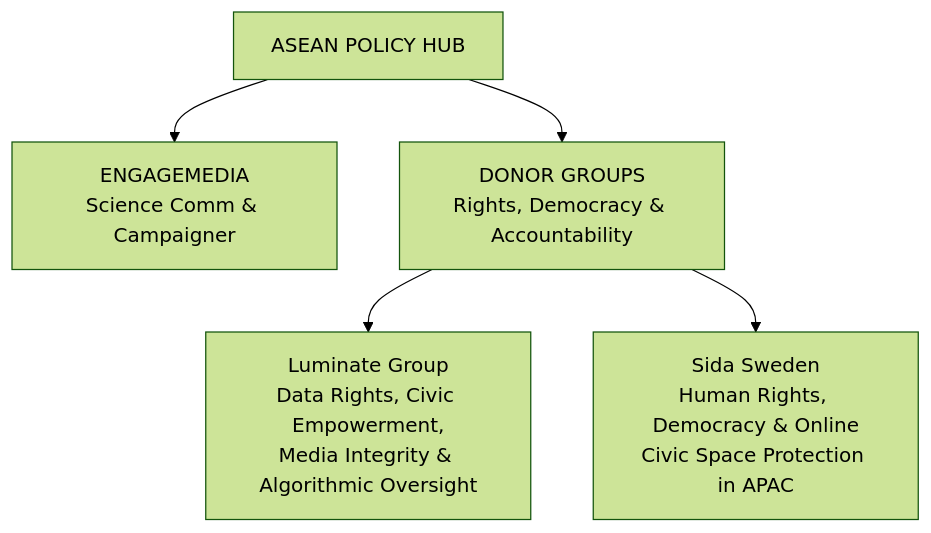
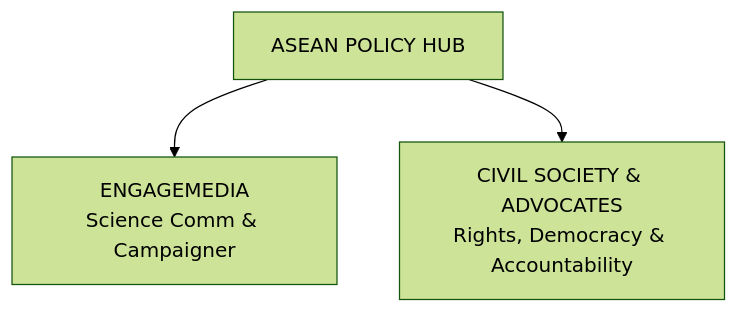
One commit to okihita/drone changed the fifth of 6 diagrams in docs/analysis/02_ASEAN_Policy_Hub_Design_and_Strategy.md. Above: the diagram before and after it, drawn with Mermaid (forest theme). The commit also changed other lines of this file and 8 other files, not shown here.

Commit message:
docs/ui: remove all references to Luminate and Sida donors

````diff
--- a/docs/analysis/02_ASEAN_Policy_Hub_Design_and_Strategy.md
+++ b/docs/analysis/02_ASEAN_Policy_Hub_Design_and_Strategy.md
@@ -198,7 +198,5 @@
 ```mermaid
 flowchart TD
     HUB[ASEAN POLICY HUB] --> EM["ENGAGEMEDIA<br/>Science Comm & Campaigner"]
-    HUB --> DONORS["DONOR GROUPS<br/>Rights, Democracy & Accountability"]
-    DONORS --> L["Luminate Group<br/>Data Rights, Civic Empowerment,<br/>Media Integrity & Algorithmic Oversight"]
-    DONORS --> S["Sida Sweden<br/>Human Rights, Democracy & Online<br/>Civic Space Protection in APAC"]
+    HUB --> ADV["CIVIL SOCIETY & ADVOCATES<br/>Rights, Democracy & Accountability"]
 ```
````
